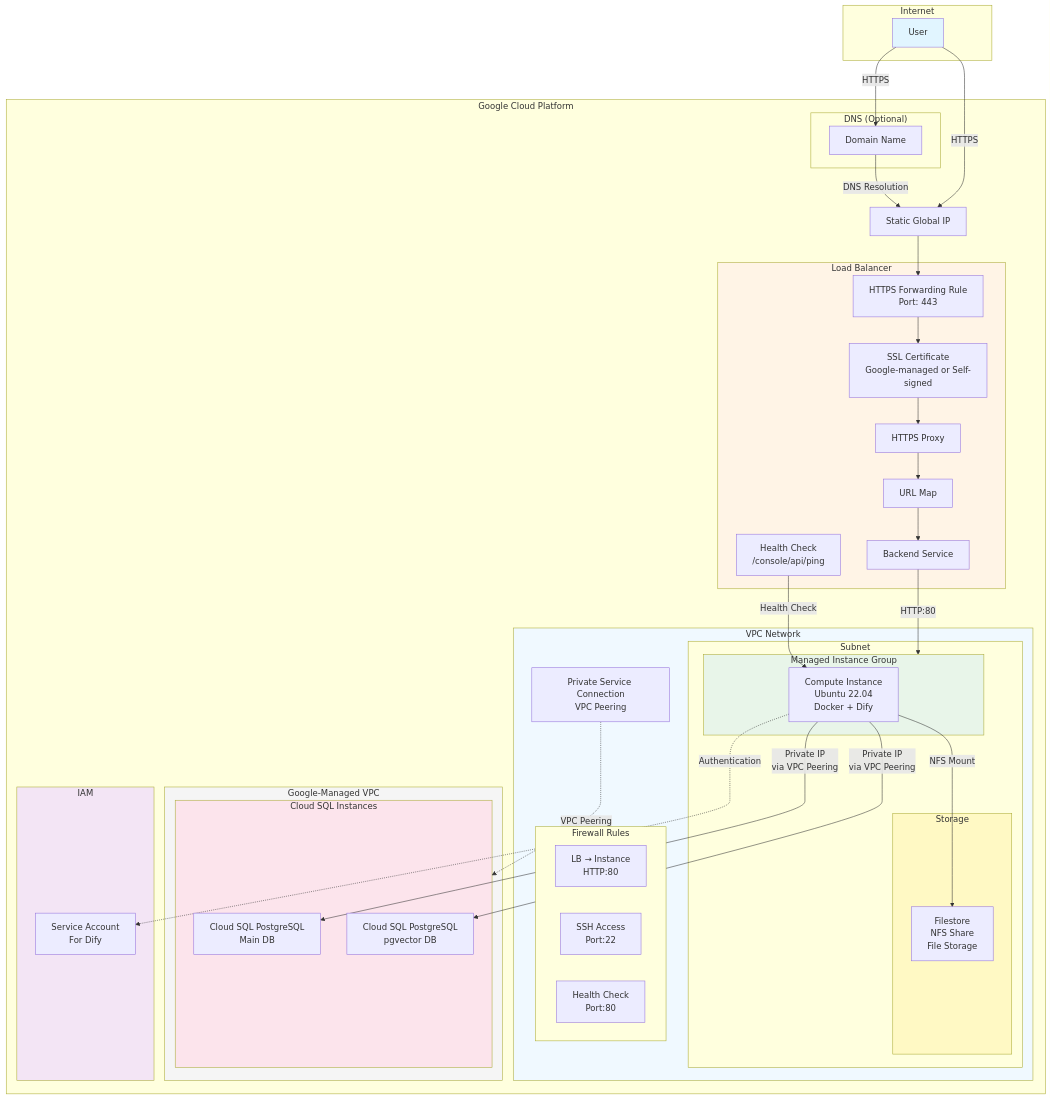
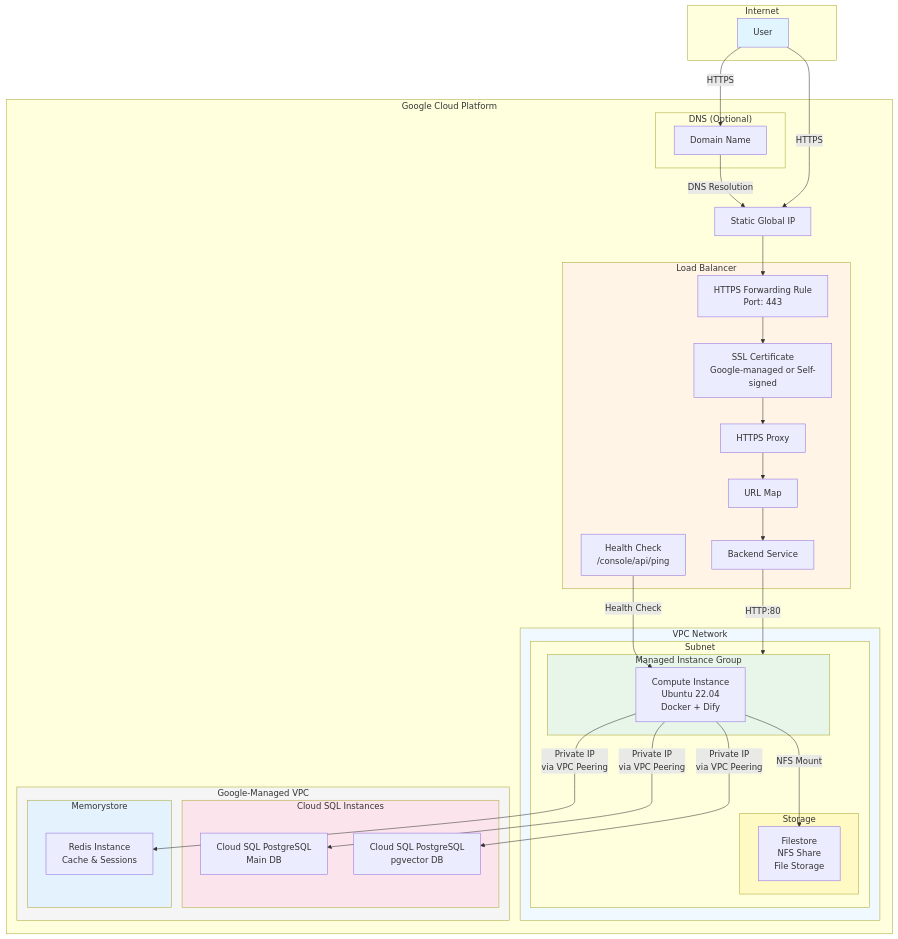
Before and after one commit to IMOKURI/dify-on-google-cloud: the diagram in README.md, drawn with Mermaid. The commit also changed other lines of this file and 8 other files, not shown here.

````diff
--- a/README.md
+++ b/README.md
@@ -75,81 +78,71 @@
 ```mermaid
 graph TB
     subgraph Internet["Internet"]
         User[User]
     end
 
     subgraph GCP["Google Cloud Platform"]
         subgraph DNS["DNS (Optional)"]
             Domain[Domain Name]
         end
 
         LB_IP[Static Global IP]
 
         subgraph LB["Load Balancer"]
             HTTPS[HTTPS Forwarding Rule<br/>Port: 443]
             SSL[SSL Certificate<br/>Google-managed or Self-signed]
             Proxy[HTTPS Proxy]
             URLMap[URL Map]
             Backend[Backend Service]
             HC[Health Check<br/>/console/api/ping]
         end
 
         subgraph VPC["VPC Network"]
             subgraph Subnet["Subnet"]
                 subgraph MIG["Managed Instance Group"]
                     Instance[Compute Instance<br/>Ubuntu 22.04<br/>Docker + Dify]
                 end
 
                 subgraph Storage["Storage"]
                     FS[Filestore<br/>NFS Share<br/>File Storage]
                 end
             end
-
-            subgraph Firewall["Firewall Rules"]
-                FW_LB[LB → Instance<br/>HTTP:80]
-                FW_SSH[SSH Access<br/>Port:22]
-                FW_HC[Health Check<br/>Port:80]
-            end
-
-            PSC[Private Service Connection<br/>VPC Peering]
         end
 
         subgraph GoogleManaged["Google-Managed VPC"]
             subgraph Database["Cloud SQL Instances"]
                 SQL1[Cloud SQL PostgreSQL<br/>Main DB]
                 SQL2[Cloud SQL PostgreSQL<br/>pgvector DB]
             end
-        end
 
-        subgraph IAM["IAM"]
-            SA[Service Account<br/>For Dify]
+            subgraph Cache["Memorystore"]
+                REDIS[Redis Instance<br/>Cache & Sessions]
+            end
         end
     end
 
     User -->|HTTPS| Domain
     Domain -->|DNS Resolution| LB_IP
     User -->|HTTPS| LB_IP
     LB_IP --> HTTPS
     HTTPS --> SSL
     SSL --> Proxy
     Proxy --> URLMap
     URLMap --> Backend
     Backend -->|HTTP:80| MIG
     HC -->|Health Check| Instance
 
     Instance -->|NFS Mount| FS
-    Instance -.->|Authentication| SA
     Instance -->|Private IP<br/>via VPC Peering| SQL1
     Instance -->|Private IP<br/>via VPC Peering| SQL2
-
-    PSC -.->|VPC Peering| Database
+    Instance -->|Private IP<br/>via VPC Peering| REDIS
 
     style User fill:#e1f5ff
     style LB fill:#fff4e6
     style VPC fill:#f0f9ff
     style MIG fill:#e8f5e9
     style Database fill:#fce4ec
+    style Cache fill:#e3f2fd
     style GoogleManaged fill:#f5f5f5
     style Storage fill:#fff9c4
-    style IAM fill:#f3e5f5
 ```
````
